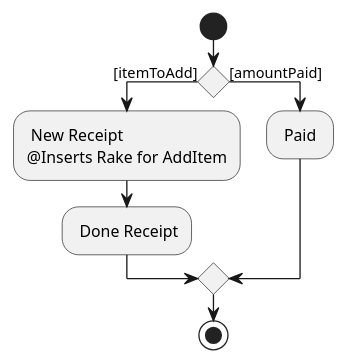
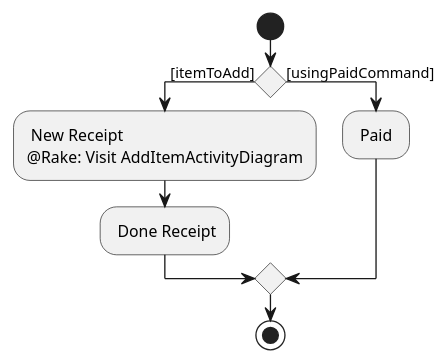
The diagram in docs/diagrams/ExpenseSplitterActivityDiagramV2.puml (nus-cs2103-AY1920S2/addressbook-level3), drawn with PlantUML before and after one commit. The commit also changed 2 other files, not shown here.

```diff
--- a/docs/diagrams/ExpenseSplitterActivityDiagramV2.puml
+++ b/docs/diagrams/ExpenseSplitterActivityDiagramV2.puml
@@ -1,13 +1,13 @@
 @startuml
 start
 
 if () then ([itemToAdd])
     : New Receipt
-    @Inserts Rake for AddItem;
+    @Rake: Visit AddItemActivityDiagram;
     : Done Receipt;
-    else ([amountPaid])
+    else ([usingPaidCommand])
     : Paid ;
 endif
 
 stop
 @enduml
```
